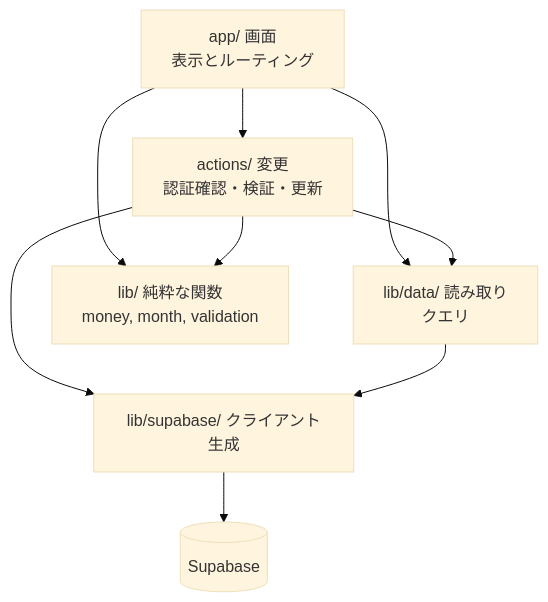
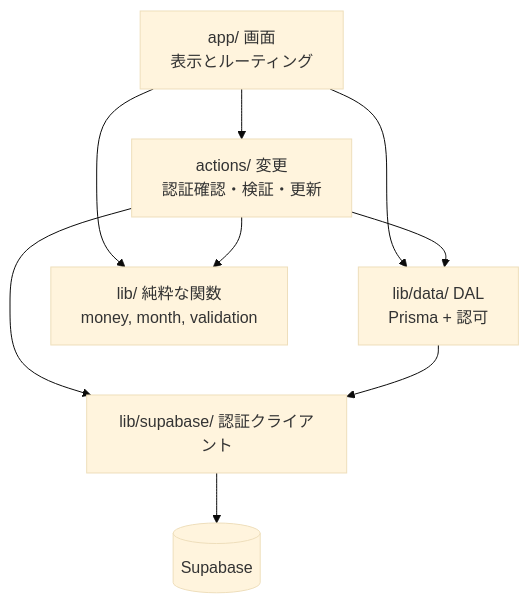
The second of 6 diagrams in docs/02-design/architecture.md (arize-matsuda/monely), drawn with Mermaid (base theme) before and after one commit. The commit also changed other lines of this file and 34 other files, not shown here.

````diff
--- a/docs/02-design/architecture.md
+++ b/docs/02-design/architecture.md
@@ -116,18 +119,18 @@
 ```mermaid
 flowchart TD
     A["app/ 画面<br/>表示とルーティング"]
     B["actions/ 変更<br/>認証確認・検証・更新"]
-    C["lib/data/ 読み取り<br/>クエリ"]
+    C["lib/data/ DAL<br/>Prisma + 認可"]
     D["lib/ 純粋な関数<br/>money, month, validation"]
-    E["lib/supabase/ クライアント生成"]
+    E["lib/supabase/ 認証クライアント"]
     F[("Supabase")]
 
     A --> B
     A --> C
     A --> D
     B --> C
     B --> D
     B --> E
     C --> E
     E --> F
 ```
````
